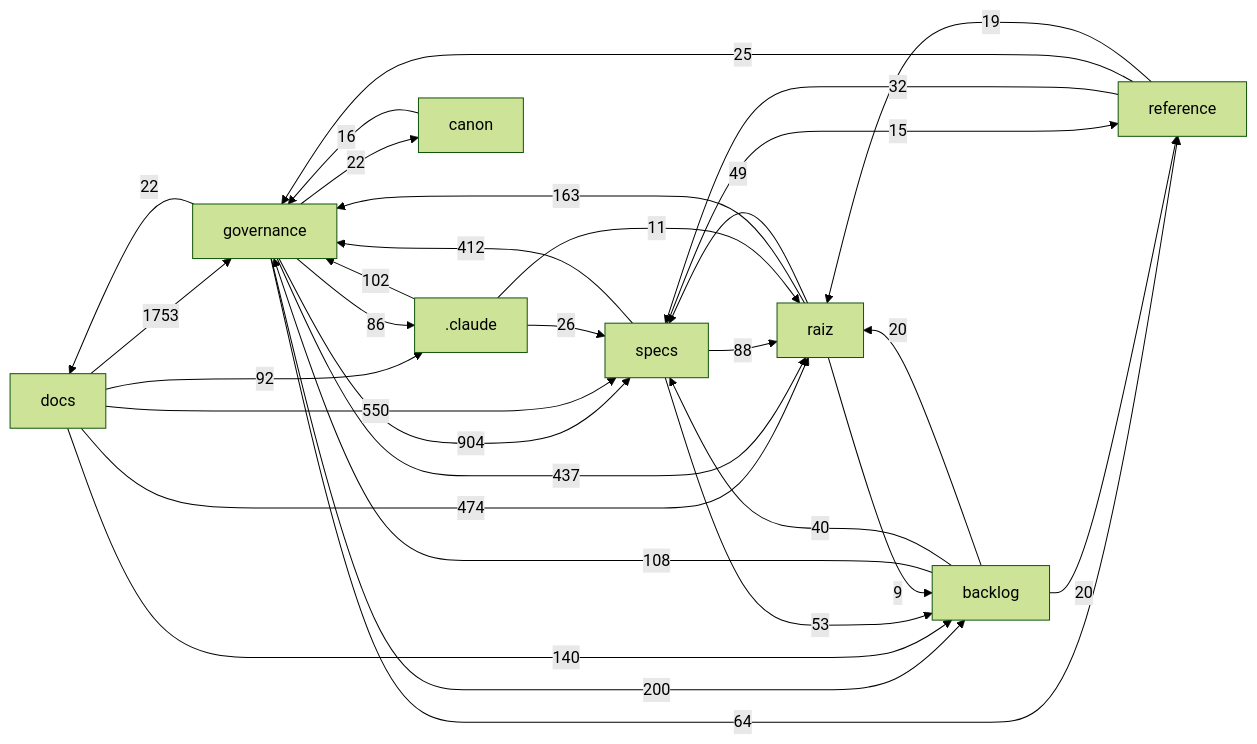
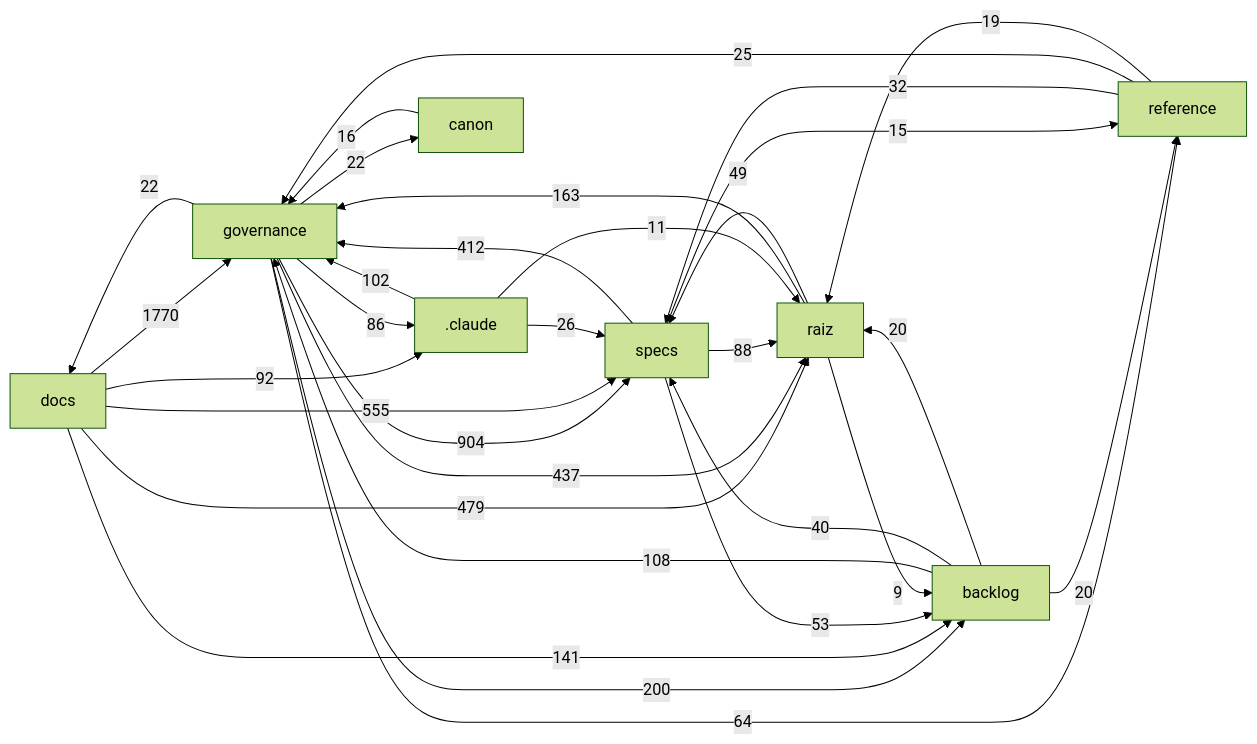
One commit to Andraus35/Sistema-Operacional-de-Trading--SOT changed the diagram in docs/mapa/MAPA-PROJETO.md. Above: the diagram before and after it, drawn with Mermaid (forest theme). The commit also changed other lines of this file and 3 other files, not shown here.

````diff
--- a/docs/mapa/MAPA-PROJETO.md
+++ b/docs/mapa/MAPA-PROJETO.md
@@ -29,33 +29,33 @@
 ```mermaid
 flowchart LR
-  docs["docs"] -->|1753| governance["governance"]
+  docs["docs"] -->|1770| governance["governance"]
   governance["governance"] -->|904| specs["specs"]
-  docs["docs"] -->|550| specs["specs"]
-  docs["docs"] -->|474| raiz["raiz"]
+  docs["docs"] -->|555| specs["specs"]
+  docs["docs"] -->|479| raiz["raiz"]
   governance["governance"] -->|437| raiz["raiz"]
   specs["specs"] -->|412| governance["governance"]
   governance["governance"] -->|200| backlog["backlog"]
   raiz["raiz"] -->|163| governance["governance"]
-  docs["docs"] -->|140| backlog["backlog"]
+  docs["docs"] -->|141| backlog["backlog"]
   backlog["backlog"] -->|108| governance["governance"]
   _claude[".claude"] -->|102| governance["governance"]
   docs["docs"] -->|92| _claude[".claude"]
   specs["specs"] -->|88| raiz["raiz"]
   governance["governance"] -->|86| _claude[".claude"]
   governance["governance"] -->|64| reference["reference"]
   specs["specs"] -->|53| backlog["backlog"]
   raiz["raiz"] -->|49| specs["specs"]
   backlog["backlog"] -->|40| specs["specs"]
   reference["reference"] -->|32| specs["specs"]
   _claude[".claude"] -->|26| specs["specs"]
   reference["reference"] -->|25| governance["governance"]
   governance["governance"] -->|22| docs["docs"]
   governance["governance"] -->|22| canon["canon"]
   backlog["backlog"] -->|20| raiz["raiz"]
   backlog["backlog"] -->|20| reference["reference"]
   reference["reference"] -->|19| raiz["raiz"]
   canon["canon"] -->|16| governance["governance"]
   specs["specs"] -->|15| reference["reference"]
   _claude[".claude"] -->|11| raiz["raiz"]
   raiz["raiz"] -->|9| backlog["backlog"]
 ```
````
